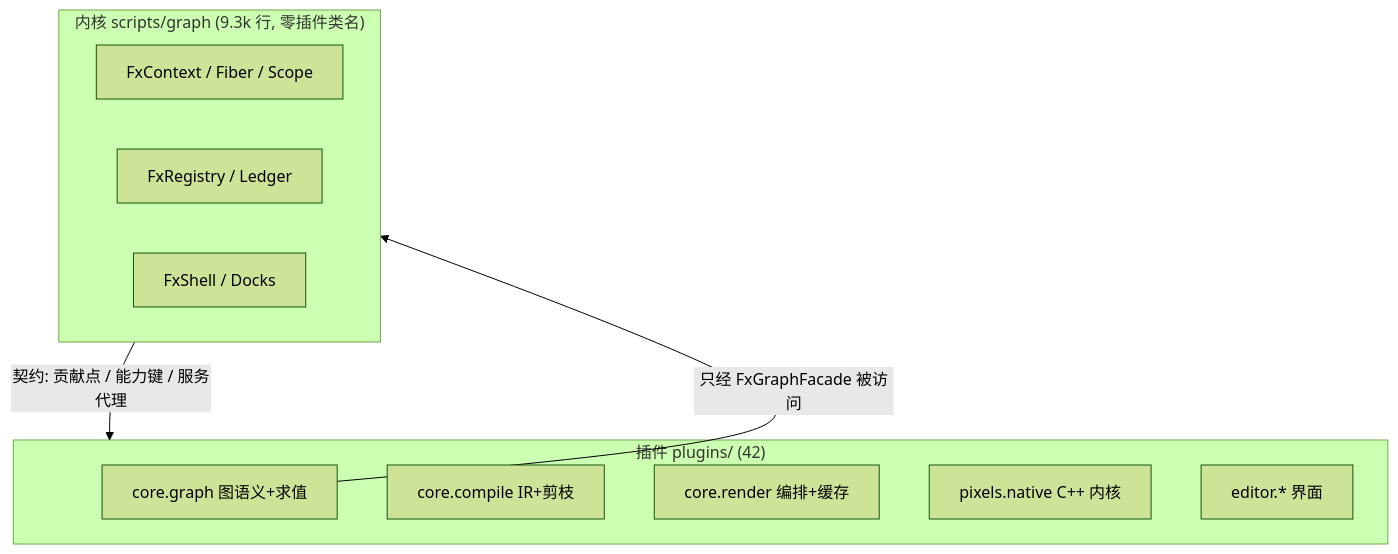
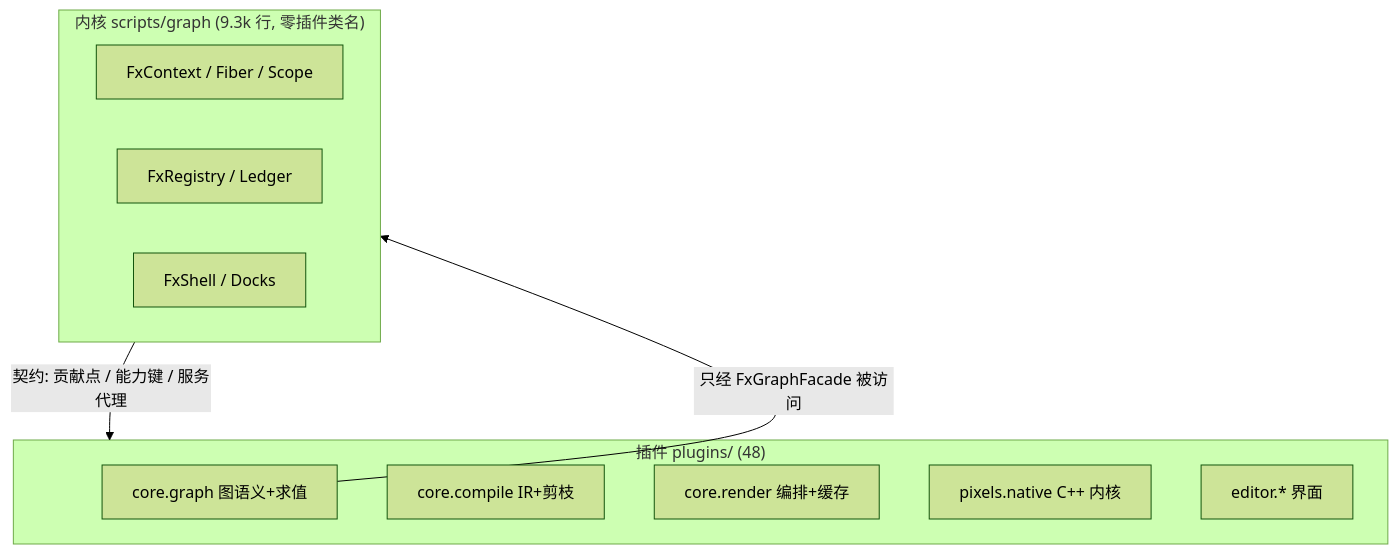
The diagram in README.md (QiNuoTu/phantom-workshop-Harness), drawn with Mermaid (forest theme) before and after one commit. The commit also changed other lines of this file and 134 other files, not shown here.

````diff
--- a/README.md
+++ b/README.md
@@ -142,18 +150,18 @@
 ```mermaid
 flowchart TB
   subgraph Base["内核 scripts/graph (9.3k 行, 零插件类名)"]
     direction LR
     B1[FxContext / Fiber / Scope]
     B2[FxRegistry / Ledger]
     B3[FxShell / Docks]
   end
-  subgraph Plugins["插件 plugins/ (42)"]
+  subgraph Plugins["插件 plugins/ (48)"]
     P1[core.graph 图语义+求值]
     P2[core.compile IR+剪枝]
     P3[core.render 编排+缓存]
     P4[pixels.native C++ 内核]
     P5[editor.* 界面]
   end
   Base -- 契约: 贡献点 / 能力键 / 服务代理 --> Plugins
   P1 -- 只经 FxGraphFacade 被访问 --> Base
 ```
````
